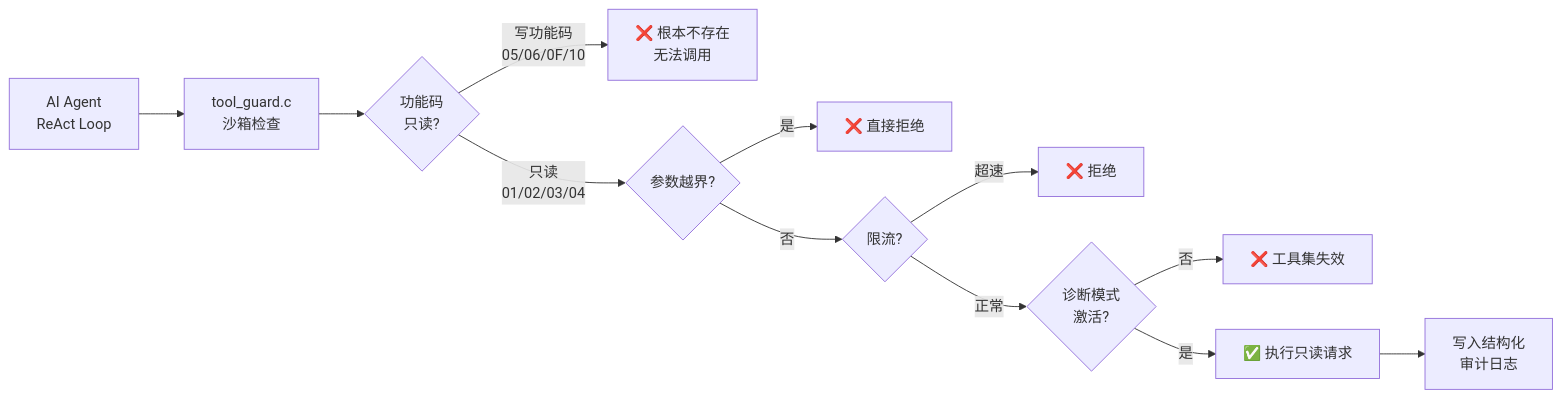
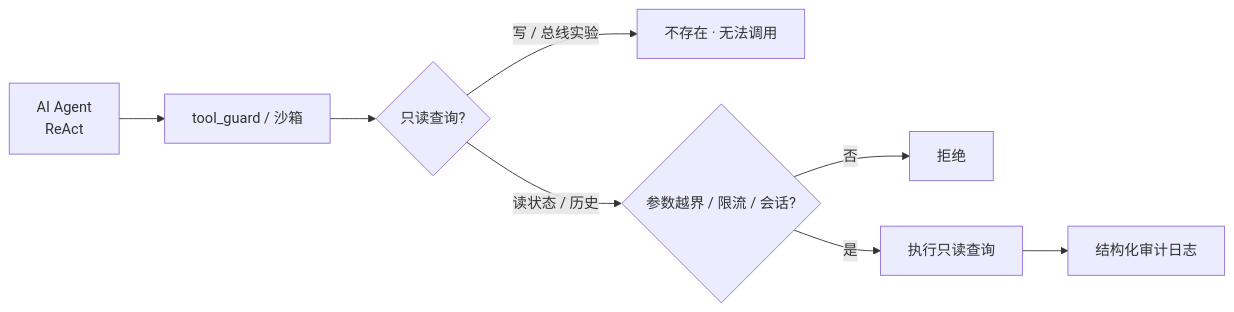
The seventh of 11 diagrams in README.md (FoLeaf/contest2026_004_TeamFalcons), drawn with Mermaid before and after one commit. The commit also changed other lines of this file and 337 other files, not shown here.

````diff
--- a/README.md
+++ b/README.md
@@ -210,14 +217,10 @@
 ```mermaid
 flowchart LR
-    LLM["AI Agent\nReAct Loop"] --> GUARD["tool_guard.c\n沙箱检查"]
-    GUARD --> CHECK1{"功能码\n只读?"}
-    CHECK1 -->|"写功能码\n05/06/0F/10"| BLOCK["❌ 根本不存在\n无法调用"]
-    CHECK1 -->|"只读\n01/02/03/04"| CHECK2{"参数越界?"}
-    CHECK2 -->|"是"| REJECT["❌ 直接拒绝"]
-    CHECK2 -->|"否"| CHECK3{"限流?"}
-    CHECK3 -->|"超速"| REJECT2["❌ 拒绝"]
-    CHECK3 -->|"正常"| CHECK4{"诊断模式\n激活?"}
-    CHECK4 -->|"否"| REJECT3["❌ 工具集失效"]
-    CHECK4 -->|"是"| EXEC["✅ 执行只读请求"]
-    EXEC --> AUDIT["写入结构化\n审计日志"]
+    LLM["AI Agent<br/>ReAct"] --> GUARD["tool_guard / 沙箱"]
+    GUARD --> CHECK1{"只读查询?"}
+    CHECK1 -->|"写 / 总线实验"| BLOCK["不存在 · 无法调用"]
+    CHECK1 -->|"读状态 / 历史"| CHECK2{"参数越界 / 限流 / 会话?"}
+    CHECK2 -->|"否"| REJECT["拒绝"]
+    CHECK2 -->|"是"| EXEC["执行只读查询"]
+    EXEC --> AUDIT["结构化审计日志"]
 ```
````
